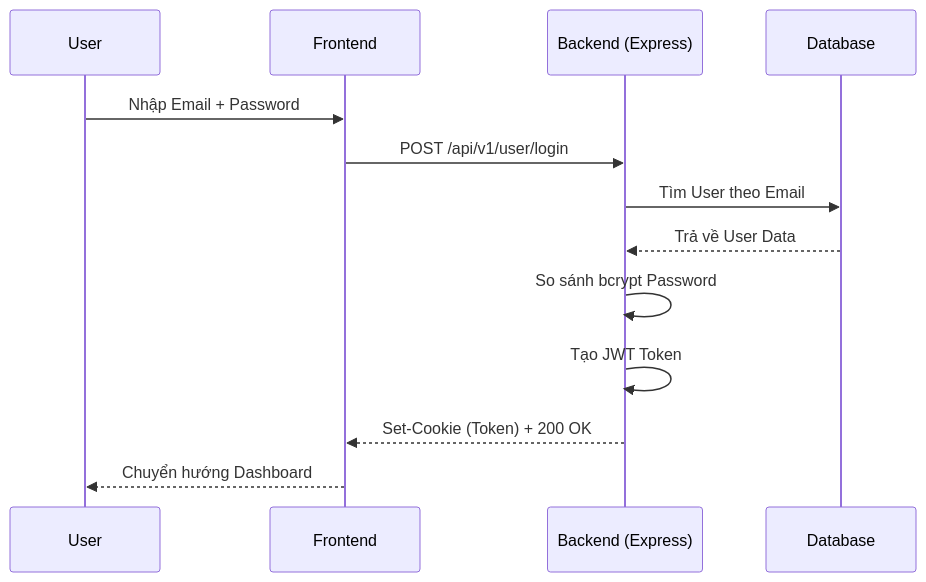
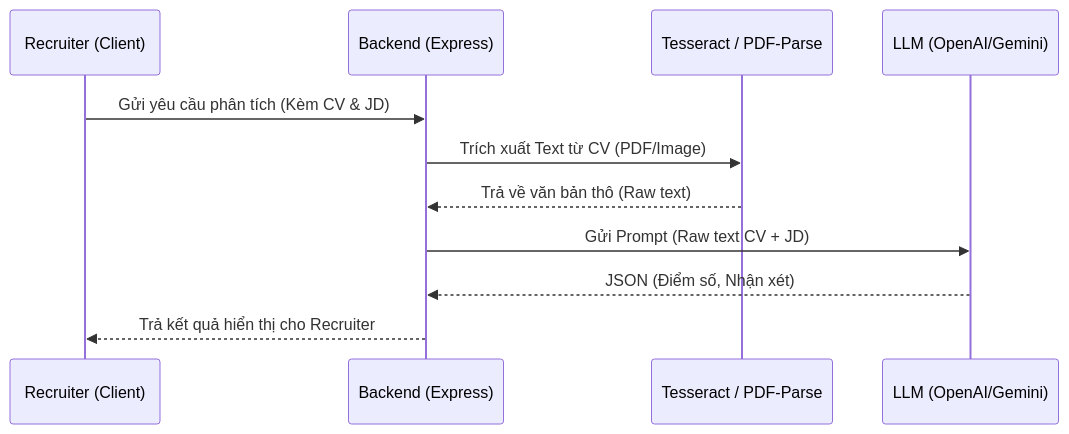
One commit to Longnewbie/VieJobs changed the third of 3 diagrams in README.md. Above: the diagram before and after it, drawn with Mermaid. The commit also changed other lines of this file, not shown here.

````diff
--- a/README.md
+++ b/README.md
@@ -210,16 +254,14 @@
 ```mermaid
 sequenceDiagram
-    participant User
-    participant Frontend
-    participant Backend (Express)
-    participant Database
+    participant R as Recruiter (Client)
+    participant BE as Backend (Express)
+    participant OCR as Tesseract / PDF-Parse
+    participant AI as LLM (OpenAI/Gemini)
 
-    User->>Frontend: Nhập Email + Password
-    Frontend->>Backend (Express): POST /api/v1/user/login
-    Backend (Express)->>Database: Tìm User theo Email
-    Database-->>Backend (Express): Trả về User Data
-    Backend (Express)->>Backend (Express): So sánh bcrypt Password
-    Backend (Express)->>Backend (Express): Tạo JWT Token
-    Backend (Express)-->>Frontend: Set-Cookie (Token) + 200 OK
-    Frontend-->>User: Chuyển hướng Dashboard
+    R->>BE: Gửi yêu cầu phân tích (Kèm CV & JD)
+    BE->>OCR: Trích xuất Text từ CV (PDF/Image)
+    OCR-->>BE: Trả về văn bản thô (Raw text)
+    BE->>AI: Gửi Prompt (Raw text CV + JD)
+    AI-->>BE: JSON (Điểm số, Nhận xét)
+    BE-->>R: Trả kết quả hiển thị cho Recruiter
 ```
````
